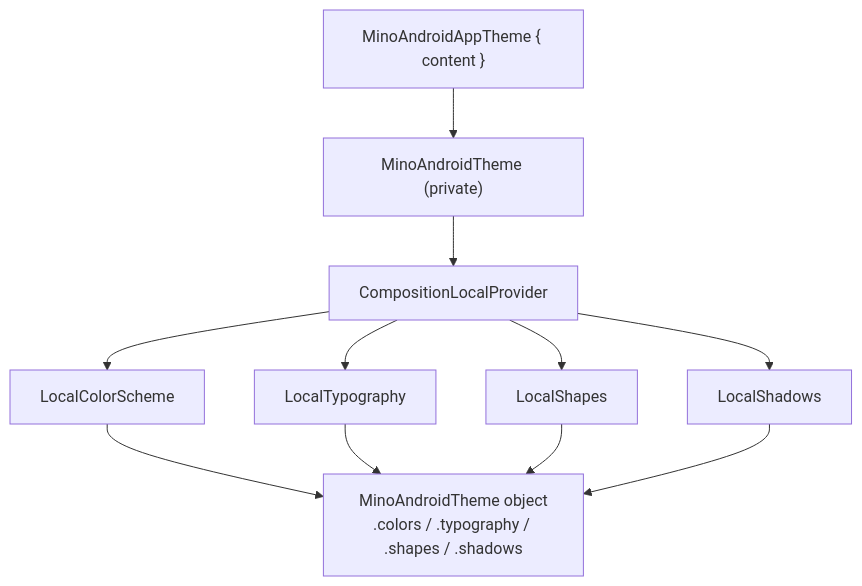
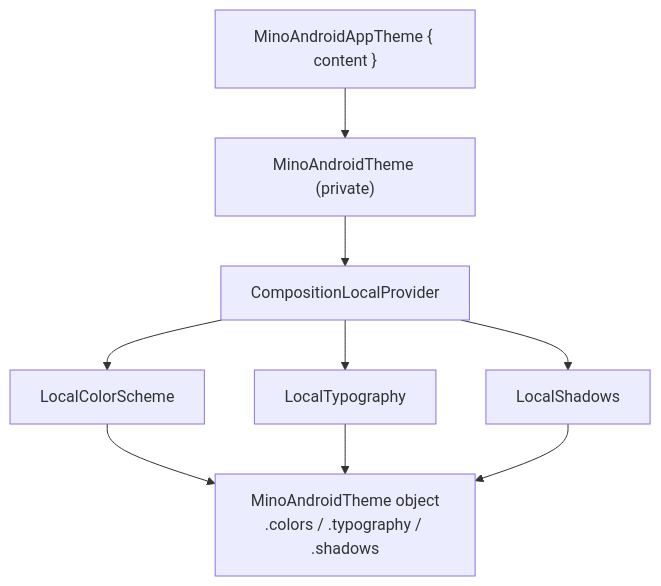
One commit to mash-up-kr/Team-MINO-Android changed the second of 2 diagrams in core/design-system/README.md. Above: the diagram before and after it, drawn with Mermaid. The commit also changed other lines of this file and 28 other files, not shown here.

````diff
--- a/core/design-system/README.md
+++ b/core/design-system/README.md
@@ -155,10 +156,9 @@
 ```mermaid
 flowchart TD
     App["MinoAndroidAppTheme { content }"] --> Priv["MinoAndroidTheme (private)"]
     Priv --> P["CompositionLocalProvider"]
     P --> LC["LocalColorScheme"]
     P --> LT["LocalTypography"]
-    P --> LS["LocalShapes"]
     P --> LSh["LocalShadows"]
-    LC & LT & LS & LSh --> Obj["MinoAndroidTheme object<br/>.colors / .typography / .shapes / .shadows"]
+    LC & LT & LSh --> Obj["MinoAndroidTheme object<br/>.colors / .typography / .shadows"]
 ```
````
